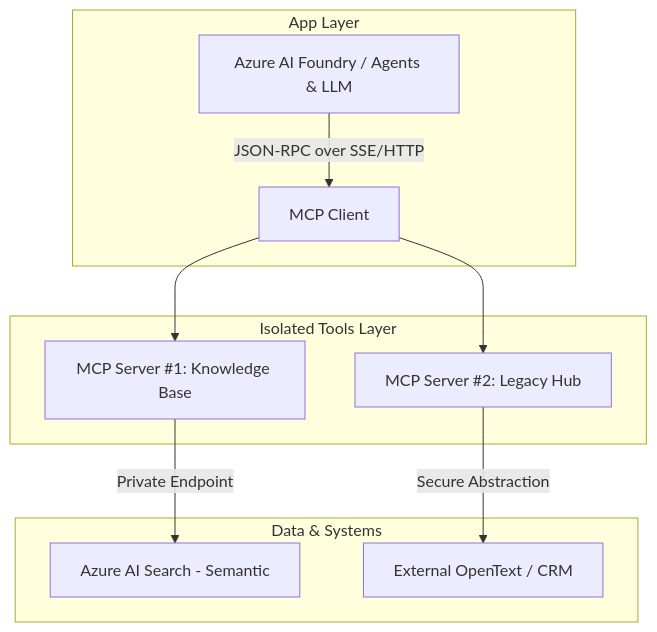
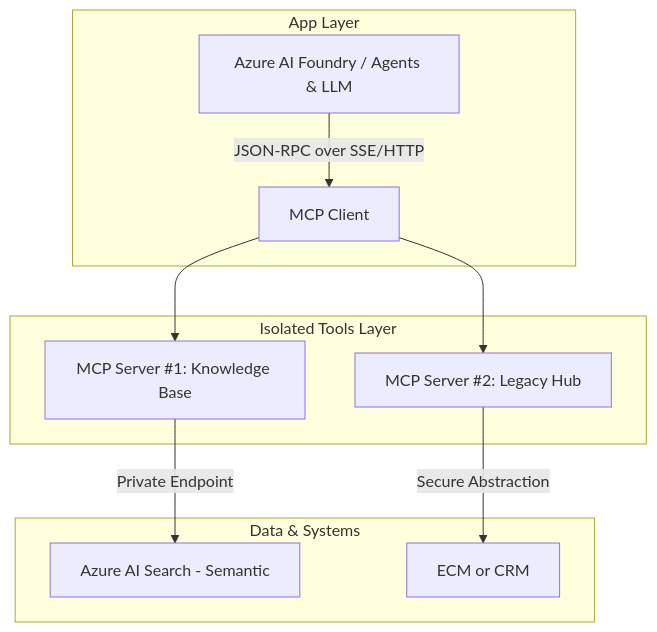
One commit to skowragn/Agentic_RAG_System changed the diagram in README.md. Above: the diagram before and after it, drawn with Mermaid. The commit also changed other lines of this file, not shown here.

Commit message:
Clarify MCP Server #2 data source in README
Updated README to replace 'External OpenText/CRM' with 'ECM or CRM' for clarity.

````diff
--- a/README.md
+++ b/README.md
@@ -67,14 +67,14 @@
 ```mermaid
 graph TD
     subgraph App Layer
         A[Azure AI Foundry / Agents & LLM] -->|JSON-RPC over SSE/HTTP| B[MCP Client]
     end
     subgraph Isolated Tools Layer
         B --> MCP1[MCP Server #1: Knowledge Base]
         B --> MCP2[MCP Server #2: Legacy Hub]
     end
     subgraph Data & Systems
         MCP1 -->|Private Endpoint| C[Azure AI Search - Semantic]
-        MCP2 -->|Secure Abstraction| D[External OpenText / CRM]
+        MCP2 -->|Secure Abstraction| D[ECM or CRM]
     end
 ```
````
